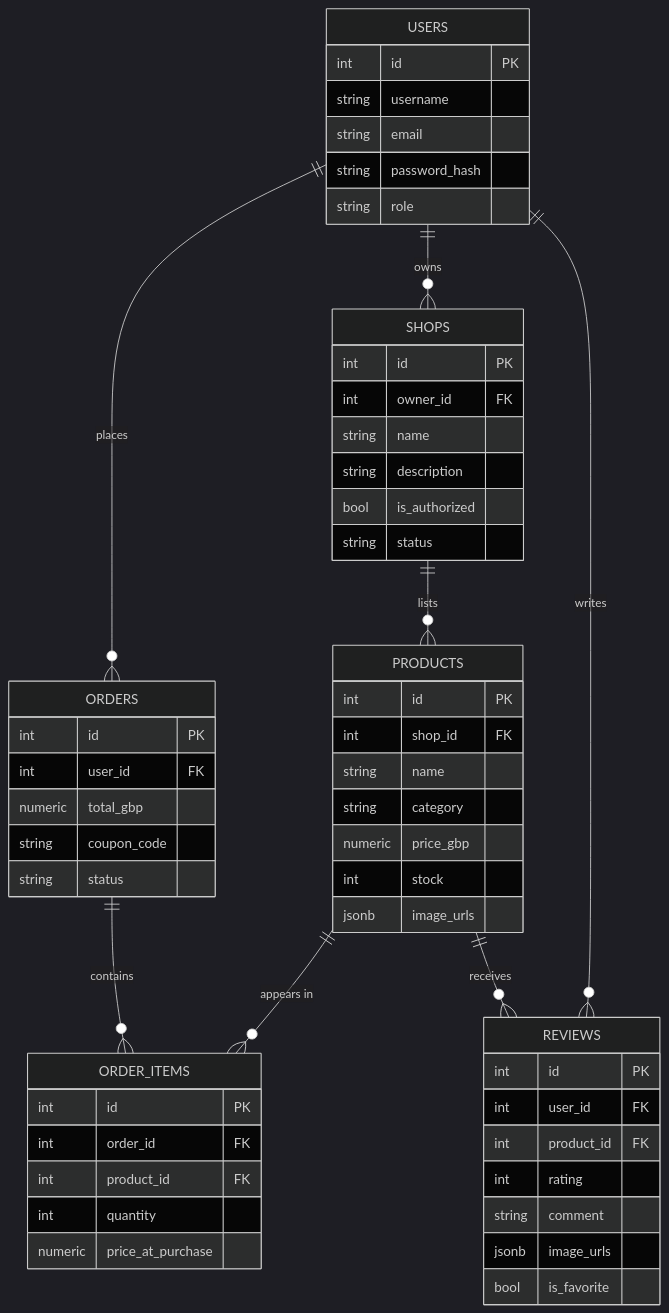
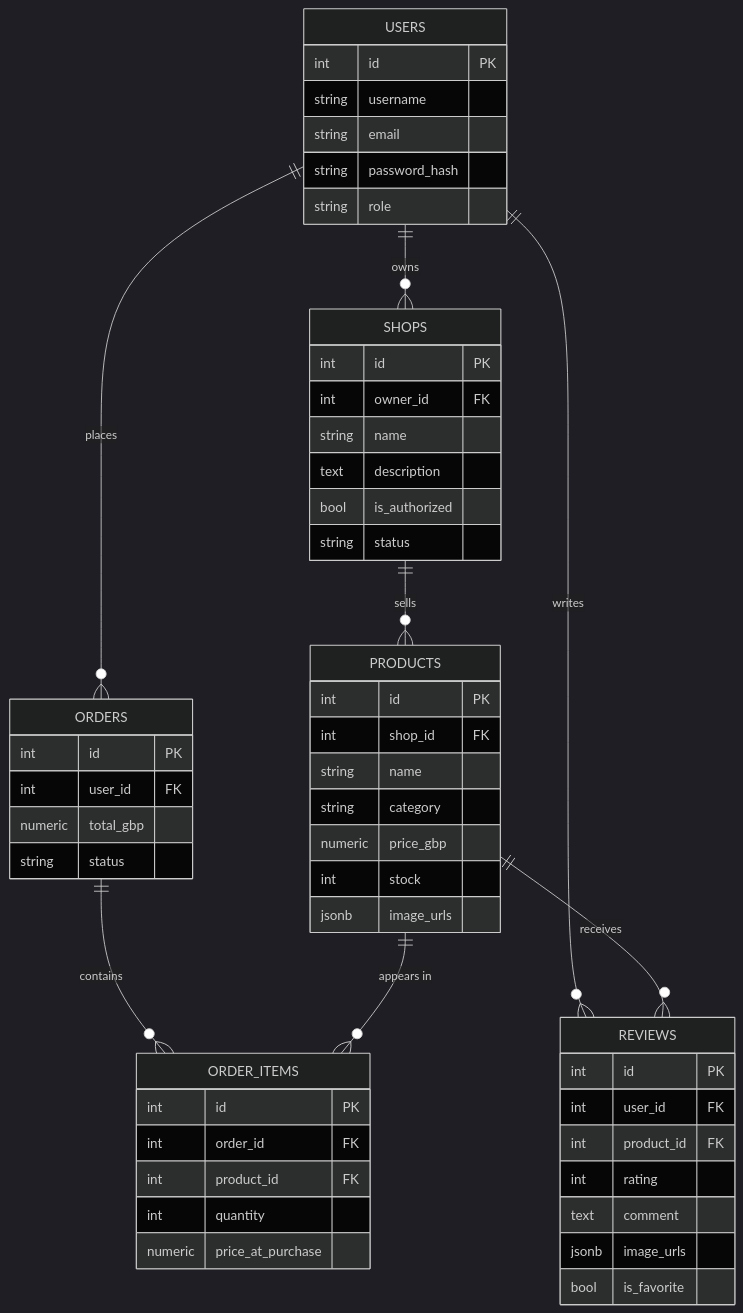
The diagram in README.md (EshaAbbasi/WeasleysWizard_Frontend), drawn with Mermaid (dark theme) before and after one commit. The commit also changed other lines of this file and 5 other files, not shown here.

````diff
--- a/README.md
+++ b/README.md
@@ -56,58 +174,57 @@
 ```mermaid
 erDiagram
-    USERS ||--o{ SHOPS : owns
-    USERS ||--o{ ORDERS : places
-    USERS ||--o{ REVIEWS : writes
-    SHOPS ||--o{ PRODUCTS : lists
+    USERS ||--o{ SHOPS : "owns"
+    USERS ||--o{ ORDERS : "places"
+    USERS ||--o{ REVIEWS : "writes"
+    SHOPS ||--o{ PRODUCTS : "sells"
+    ORDERS ||--o{ ORDER_ITEMS : "contains"
     PRODUCTS ||--o{ ORDER_ITEMS : "appears in"
-    PRODUCTS ||--o{ REVIEWS : receives
-    ORDERS ||--o{ ORDER_ITEMS : contains
+    PRODUCTS ||--o{ REVIEWS : "receives"
 
     USERS {
         int id PK
         string username
         string email
         string password_hash
         string role
     }
     SHOPS {
         int id PK
         int owner_id FK
         string name
-        string description
+        text description
         bool is_authorized
         string status
     }
     PRODUCTS {
         int id PK
         int shop_id FK
         string name
         string category
         numeric price_gbp
         int stock
         jsonb image_urls
     }
     ORDERS {
         int id PK
         int user_id FK
         numeric total_gbp
-        string coupon_code
         string status
     }
     ORDER_ITEMS {
         int id PK
         int order_id FK
         int product_id FK
         int quantity
         numeric price_at_purchase
     }
     REVIEWS {
         int id PK
         int user_id FK
         int product_id FK
         int rating
-        string comment
+        text comment
         jsonb image_urls
         bool is_favorite
     }
 ```
````
